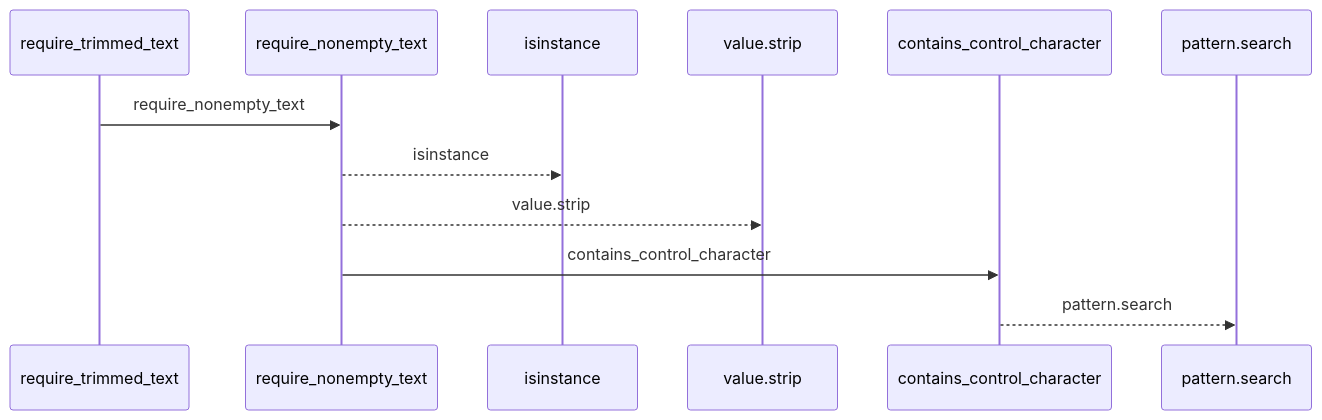
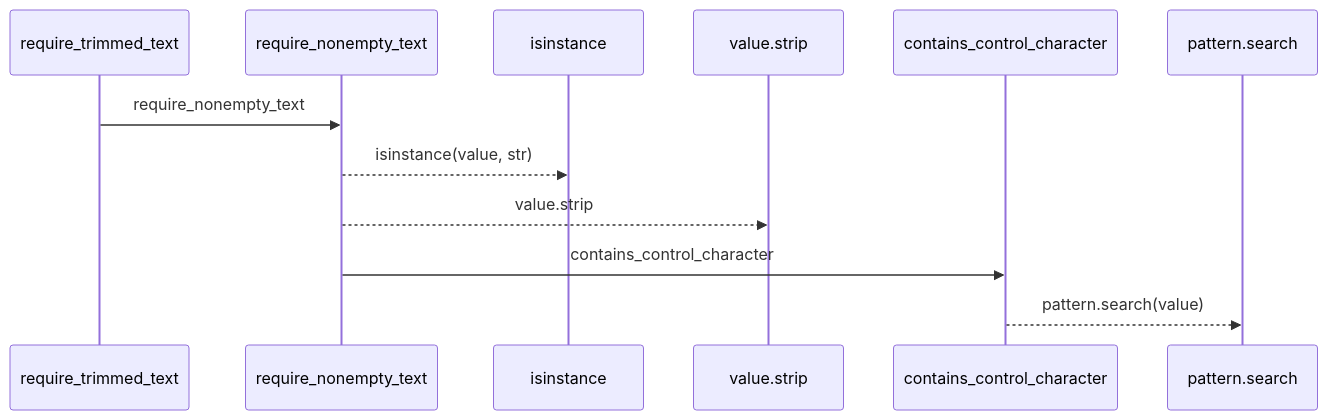
The first of 2 diagrams in docs/llm_wiki/flows/api-require_trimmed_text.md (Denissvgn/python-wiki-llm), drawn with Mermaid before and after one commit. The commit also changed other lines of this file and 1410 other files, not shown here.

````diff
--- a/docs/llm_wiki/flows/api-require_trimmed_text.md
+++ b/docs/llm_wiki/flows/api-require_trimmed_text.md
@@ -10,14 +12,14 @@
 ```mermaid
 sequenceDiagram
     participant p0 as require_trimmed_text
     participant p1 as require_nonempty_text
     participant p2 as isinstance
     participant p3 as value.strip
     participant p4 as contains_control_character
     participant p5 as pattern.search
     p0->>p1: require_nonempty_text
-    p1-->>p2: isinstance
+    p1-->>p2: isinstance(value, str)
     p1-->>p3: value.strip
     p1->>p4: contains_control_character
-    p4-->>p5: pattern.search
+    p4-->>p5: pattern.search(value)
 ```
````
